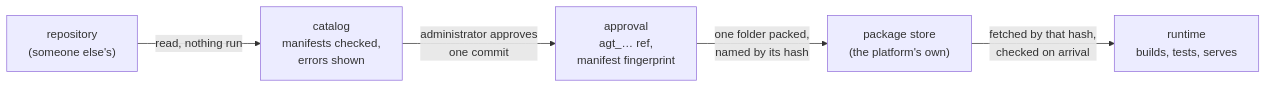
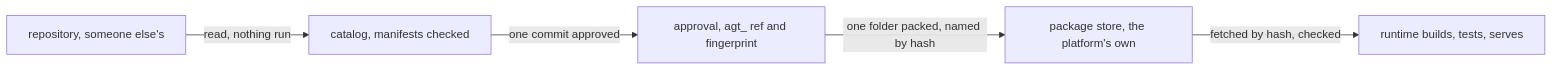
One commit to decentai-io/decentai changed the diagram in docs/paper/07-agents.md. Above: the diagram before and after it, drawn with Mermaid. The commit also changed other lines of this file and 19 other files, not shown here.

````diff
--- a/docs/paper/07-agents.md
+++ b/docs/paper/07-agents.md
@@ -116,7 +116,7 @@
 ```mermaid
 flowchart LR
-    R["repository<br/>(someone else's)"] -->|"read, nothing run"| C["catalog<br/>manifests checked,<br/>errors shown"]
-    C -->|"administrator approves<br/>one commit"| A["approval<br/>agt_… ref,<br/>manifest fingerprint"]
-    A -->|"one folder packed,<br/>named by its hash"| S["package store<br/>(the platform's own)"]
-    S -->|"fetched by that hash,<br/>checked on arrival"| RT["runtime<br/>builds, tests, serves"]
+    R["repository, someone else's"] -->|"read, nothing run"| C["catalog, manifests checked"]
+    C -->|"one commit approved"| A["approval, agt_ ref and fingerprint"]
+    A -->|"one folder packed, named by hash"| S["package store, the platform's own"]
+    S -->|"fetched by hash, checked"| RT["runtime builds, tests, serves"]
 ```
````
